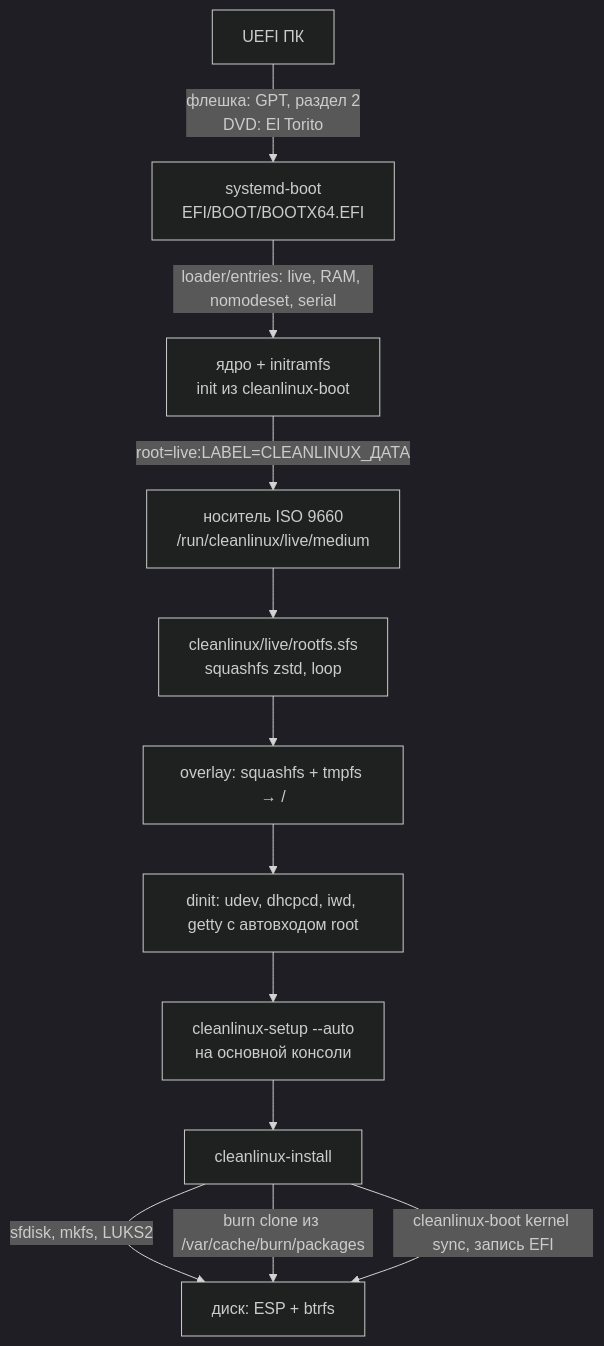
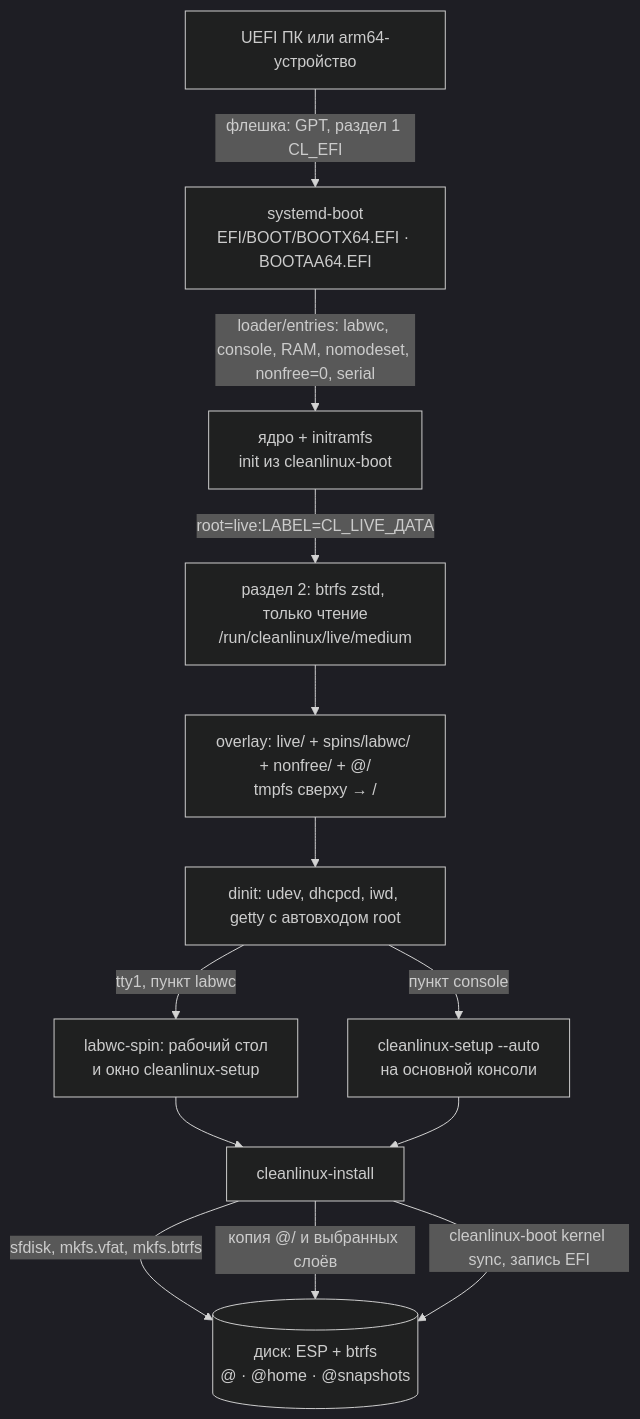
The diagram in docs/INSTALL.md (vovawees/CleanLinux), drawn with Mermaid (dark theme) before and after one commit. The commit also changed other lines of this file and 23 other files, not shown here.

First line of the commit message:
docs: the live USB image live-2026.11.6 for x86_64 and arm64

````diff
--- a/docs/INSTALL.md
+++ b/docs/INSTALL.md
@@ -211,14 +260,15 @@
 ```mermaid
 flowchart TD
-    A[UEFI ПК] -->|флешка: GPT, раздел 2<br/>DVD: El Torito| B[systemd-boot<br/>EFI/BOOT/BOOTX64.EFI]
-    B -->|loader/entries: live, RAM, nomodeset, serial| C[ядро + initramfs<br/>init из cleanlinux-boot]
-    C -->|root=live:LABEL=CLEANLINUX_ДАТА| D[носитель ISO 9660<br/>/run/cleanlinux/live/medium]
-    D --> E[cleanlinux/live/rootfs.sfs<br/>squashfs zstd, loop]
-    E --> F[overlay: squashfs + tmpfs → /]
-    F --> G[dinit: udev, dhcpcd, iwd, getty с автовходом root]
-    G --> H[cleanlinux-setup --auto<br/>на основной консоли]
-    H --> I[cleanlinux-install]
-    I -->|sfdisk, mkfs, LUKS2| J[диск: ESP + btrfs]
-    I -->|burn clone из /var/cache/burn/packages| J
+    A[UEFI ПК или arm64-устройство] -->|флешка: GPT, раздел 1 CL_EFI| B[systemd-boot<br/>EFI/BOOT/BOOTX64.EFI · BOOTAA64.EFI]
+    B -->|loader/entries: labwc, console, RAM, nomodeset, nonfree=0, serial| C[ядро + initramfs<br/>init из cleanlinux-boot]
+    C -->|root=live:LABEL=CL_LIVE_ДАТА| D[раздел 2: btrfs zstd, только чтение<br/>/run/cleanlinux/live/medium]
+    D --> E["overlay: live/ + spins/labwc/ + nonfree/ + @/<br/>tmpfs сверху → /"]
+    E --> F[dinit: udev, dhcpcd, iwd, getty с автовходом root]
+    F -->|tty1, пункт labwc| G[labwc-spin: рабочий стол<br/>и окно cleanlinux-setup]
+    F -->|пункт console| H[cleanlinux-setup --auto<br/>на основной консоли]
+    G --> I[cleanlinux-install]
+    H --> I
+    I -->|sfdisk, mkfs.vfat, mkfs.btrfs| J[(диск: ESP + btrfs<br/>@ · @home · @snapshots)]
+    I -->|копия @/ и выбранных слоёв| J
     I -->|cleanlinux-boot kernel sync, запись EFI| J
 ```
````
